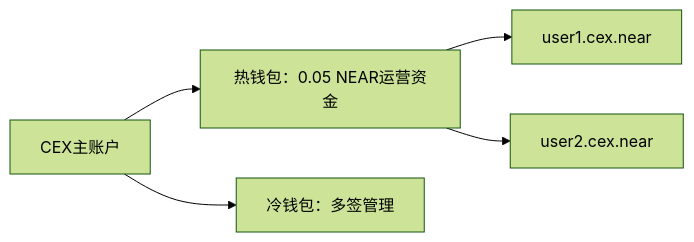
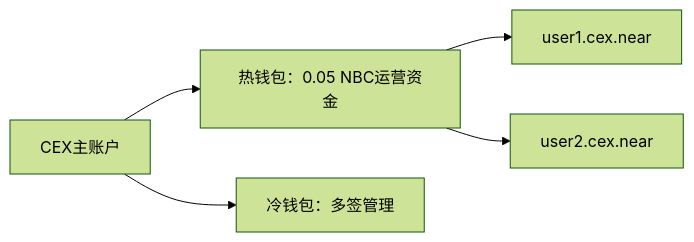
The diagram in nbc_cex_api_doc.md (rectinajh/Near-folk), drawn with Mermaid (forest theme) before and after one commit. The commit also changed other lines of this file, not shown here.

````diff
--- a/nbc_cex_api_doc.md
+++ b/nbc_cex_api_doc.md
@@ -34,7 +34,7 @@
 ```mermaid
 graph LR
-    CEX主账户 --> 热钱包[热钱包：0.05 NEAR运营资金]
+    CEX主账户 --> 热钱包[热钱包：0.05 NBC运营资金]
     CEX主账户 --> 冷钱包[冷钱包：多签管理]
     热钱包 --> 用户子账户1[user1.cex.near]
     热钱包 --> 用户子账户2[user2.cex.near]
 ```
````
